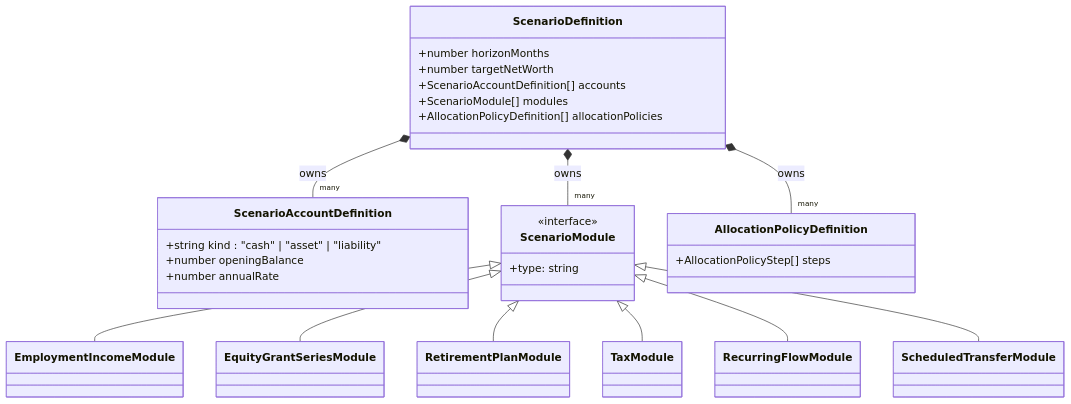
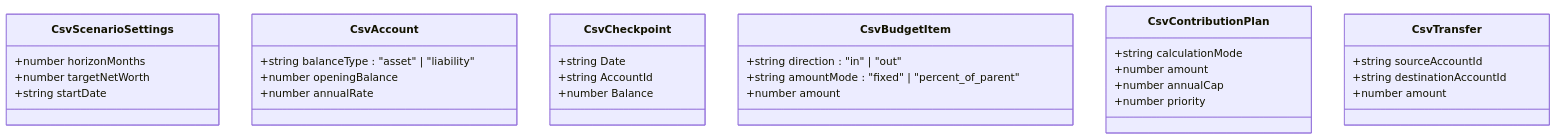
The second of 3 diagrams in TECHNICAL_OVERVIEW.md (SimHoZebs/net-worth-estimator), drawn with Mermaid before and after one commit. The commit also changed other lines of this file and 13 other files, not shown here.

````diff
--- a/TECHNICAL_OVERVIEW.md
+++ b/TECHNICAL_OVERVIEW.md
@@ -60,38 +57,39 @@
 ```mermaid
 classDiagram
-    class ScenarioDefinition {
+    class CsvScenarioSettings {
         +number horizonMonths
         +number targetNetWorth
-        +ScenarioAccountDefinition[] accounts
-        +ScenarioModule[] modules
-        +AllocationPolicyDefinition[] allocationPolicies
+        +string startDate
     }
 
-    class ScenarioAccountDefinition {
-        +string kind : "cash" | "asset" | "liability"
+    class CsvAccount {
+        +string balanceType : "asset" | "liability"
         +number openingBalance
         +number annualRate
     }
 
-    class ScenarioModule {
-        <<interface>>
-        +type: string
+    class CsvCheckpoint {
+        +string Date
+        +string AccountId
+        +number Balance
     }
 
-    class AllocationPolicyDefinition {
-        +AllocationPolicyStep[] steps
+    class CsvBudgetItem {
+        +string direction : "in" | "out"
+        +string amountMode : "fixed" | "percent_of_parent"
+        +number amount
     }
 
-    %% Relationships
-    ScenarioDefinition *-- "many" ScenarioAccountDefinition : owns
-    ScenarioDefinition *-- "many" ScenarioModule : owns
-    ScenarioDefinition *-- "many" AllocationPolicyDefinition : owns
+    class CsvContributionPlan {
+        +string calculationMode
+        +number amount
+        +number annualCap
+        +number priority
+    }
 
-    %% Module Subtypes
-    ScenarioModule <|-- EmploymentIncomeModule
-    ScenarioModule <|-- EquityGrantSeriesModule
-    ScenarioModule <|-- RetirementPlanModule
-    ScenarioModule <|-- TaxModule
-    ScenarioModule <|-- RecurringFlowModule
-    ScenarioModule <|-- ScheduledTransferModule
+    class CsvTransfer {
+        +string sourceAccountId
+        +string destinationAccountId
+        +number amount
+    }
 ```
````
